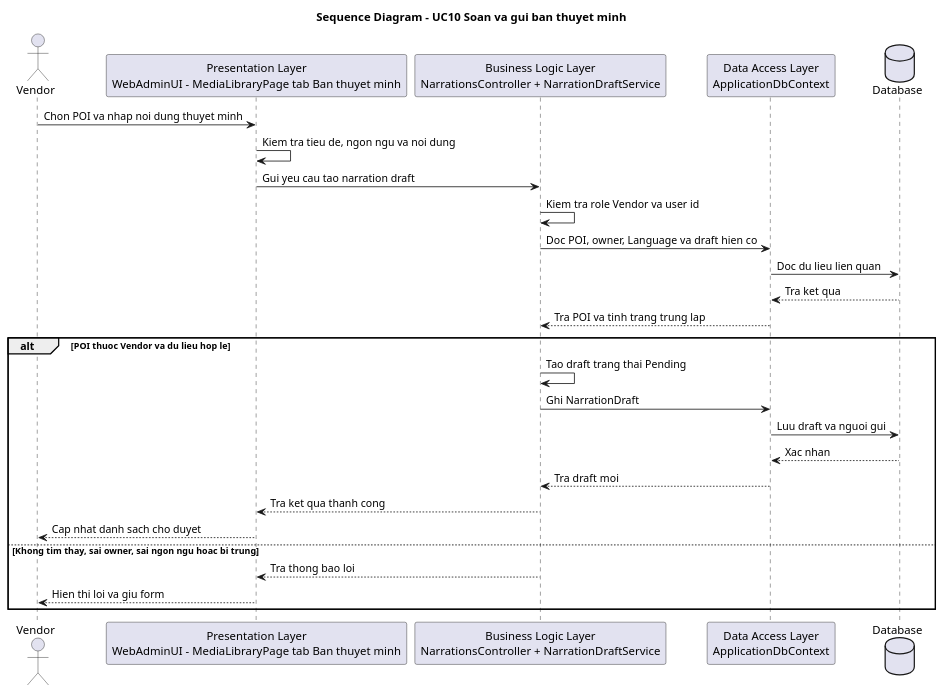
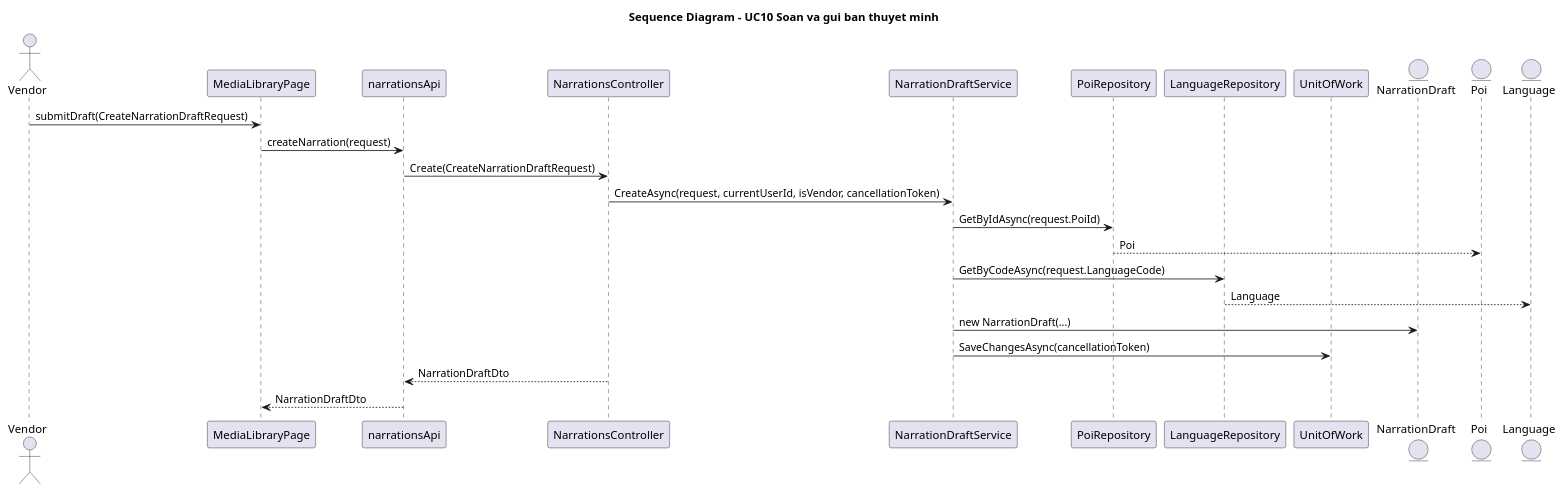
The diagram in docs/plantuml/sequence/UC10_soan_va_gui_ban_thuyet_minh_sequence.puml (HPhuc122/VinhHy.AudioTour), drawn with PlantUML before and after one commit. The commit also changed 47 other files, not shown here.

```diff
--- a/docs/plantuml/sequence/UC10_soan_va_gui_ban_thuyet_minh_sequence.puml
+++ b/docs/plantuml/sequence/UC10_soan_va_gui_ban_thuyet_minh_sequence.puml
@@ -1,30 +1,28 @@
 @startuml
 title Sequence Diagram - UC10 Soan va gui ban thuyet minh
 
-actor "Vendor" as Actor
-participant "Presentation Layer\nWebAdminUI - MediaLibraryPage tab Ban thuyet minh" as UI
-participant "Business Logic Layer\nNarrationsController + NarrationDraftService" as Business
-participant "Data Access Layer\nApplicationDbContext" as DataAccess
-database "Database" as Database
+actor "Vendor" as Vendor
+participant "MediaLibraryPage" as MediaLibraryPage
+participant "narrationsApi" as NarrationsApi
+participant "NarrationsController" as NarrationsController
+participant "NarrationDraftService" as NarrationDraftService
+participant "PoiRepository" as PoiRepository
+participant "LanguageRepository" as LanguageRepository
+participant "UnitOfWork" as UnitOfWork
+entity "NarrationDraft" as NarrationDraft
+entity "Poi" as Poi
+entity "Language" as Language
 
-Actor -> UI: Chon POI va nhap noi dung thuyet minh
-UI -> UI: Kiem tra tieu de, ngon ngu va noi dung
-UI -> Business: Gui yeu cau tao narration draft
-Business -> Business: Kiem tra role Vendor va user id
-Business -> DataAccess: Doc POI, owner, Language va draft hien co
-DataAccess -> Database: Doc du lieu lien quan
-Database --> DataAccess: Tra ket qua
-DataAccess --> Business: Tra POI va tinh trang trung lap
-alt POI thuoc Vendor va du lieu hop le
-  Business -> Business: Tao draft trang thai Pending
-  Business -> DataAccess: Ghi NarrationDraft
-  DataAccess -> Database: Luu draft va nguoi gui
-  Database --> DataAccess: Xac nhan
-  DataAccess --> Business: Tra draft moi
-  Business --> UI: Tra ket qua thanh cong
-  UI --> Actor: Cap nhat danh sach cho duyet
-else Khong tim thay, sai owner, sai ngon ngu hoac bi trung
-  Business --> UI: Tra thong bao loi
-  UI --> Actor: Hien thi loi va giu form
-end
+Vendor -> MediaLibraryPage: submitDraft(CreateNarrationDraftRequest)
+MediaLibraryPage -> NarrationsApi: createNarration(request)
+NarrationsApi -> NarrationsController: Create(CreateNarrationDraftRequest)
+NarrationsController -> NarrationDraftService: CreateAsync(request, currentUserId, isVendor, cancellationToken)
+NarrationDraftService -> PoiRepository: GetByIdAsync(request.PoiId)
+PoiRepository --> Poi: Poi
+NarrationDraftService -> LanguageRepository: GetByCodeAsync(request.LanguageCode)
+LanguageRepository --> Language: Language
+NarrationDraftService -> NarrationDraft: new NarrationDraft(...)
+NarrationDraftService -> UnitOfWork: SaveChangesAsync(cancellationToken)
+NarrationsController --> NarrationsApi: NarrationDraftDto
+NarrationsApi --> MediaLibraryPage: NarrationDraftDto
 @enduml
```
